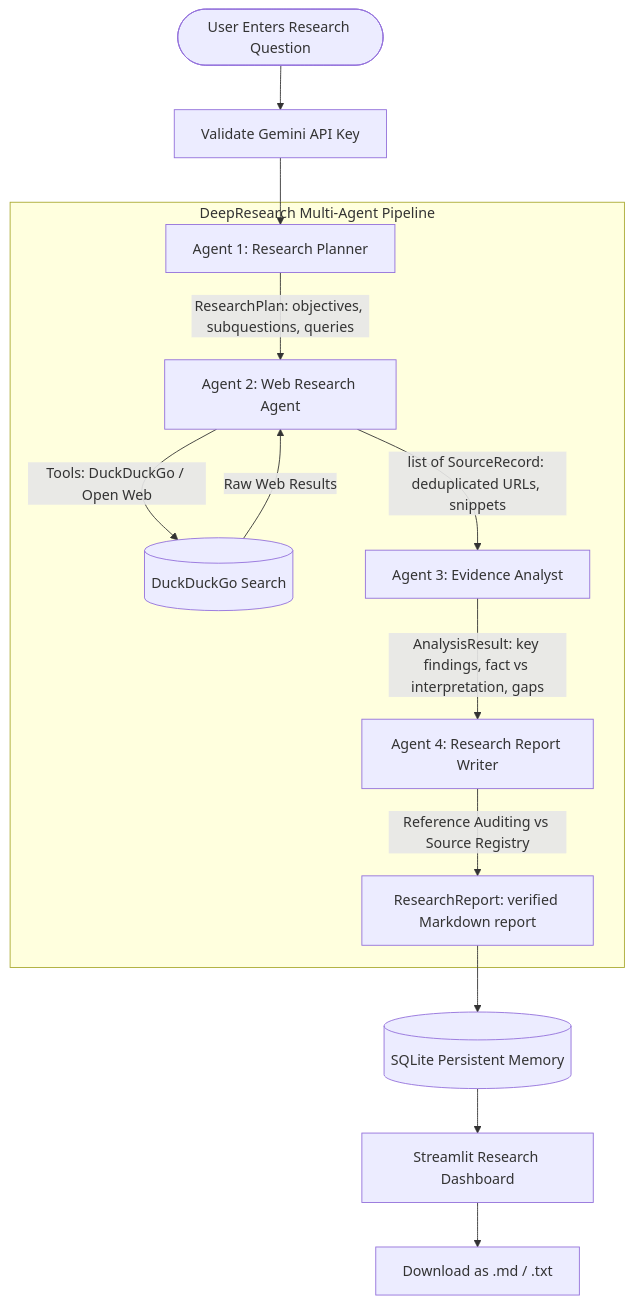
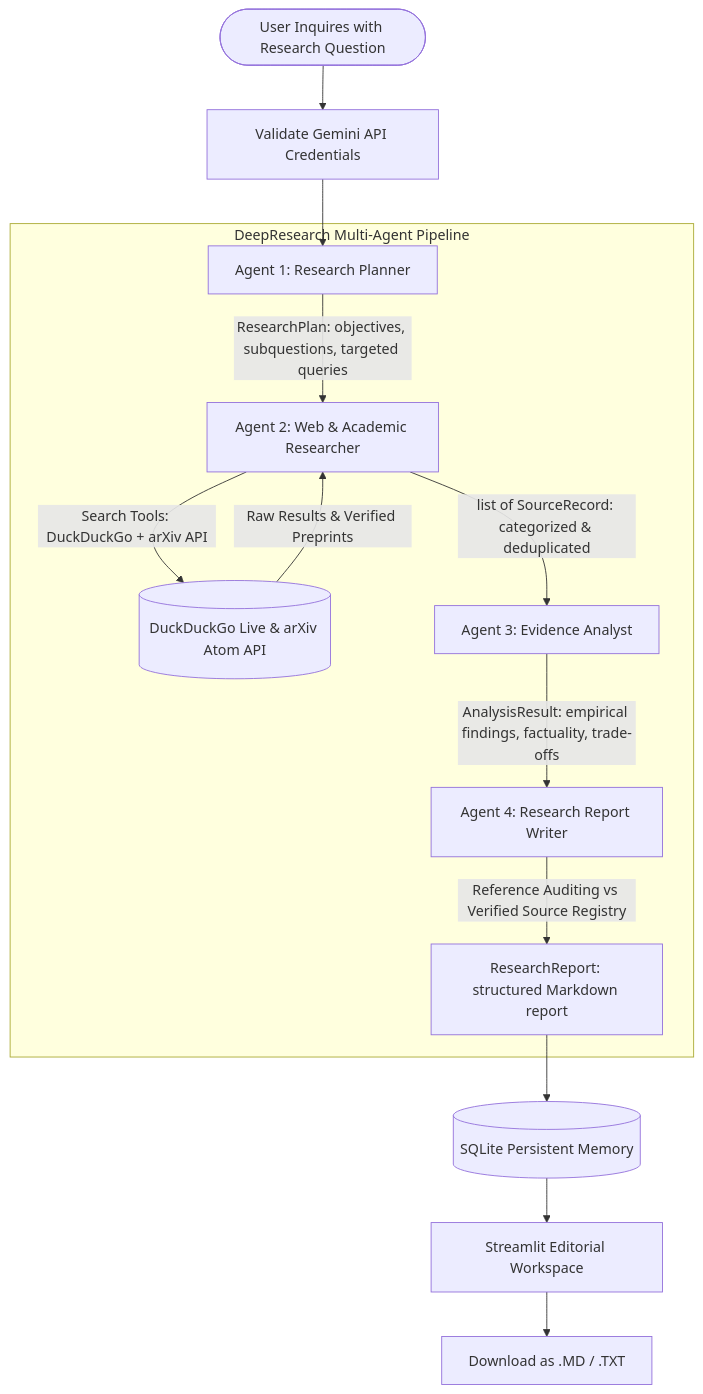
The diagram in README.md (hanannur/Research-Agent), drawn with Mermaid before and after one commit. The commit also changed other lines of this file and 8 other files, not shown here.

````diff
--- a/README.md
+++ b/README.md
@@ -28,18 +32,18 @@
 ```mermaid
 flowchart TD
-    User([User Enters Research Question]) --> Config[Validate Gemini API Key]
+    User([User Inquires with Research Question]) --> Config[Validate Gemini API Credentials]
     Config --> Planner[Agent 1: Research Planner]
     
     subgraph Multi_Agent_Pipeline [DeepResearch Multi-Agent Pipeline]
-        Planner -->|ResearchPlan: objectives, subquestions, queries| Researcher[Agent 2: Web Research Agent]
-        Researcher -->|Tools: DuckDuckGo / Open Web| SearchTool[(DuckDuckGo Search)]
-        SearchTool -->|Raw Web Results| Researcher
-        Researcher -->|list of SourceRecord: deduplicated URLs, snippets| Analyst[Agent 3: Evidence Analyst]
-        Analyst -->|AnalysisResult: key findings, fact vs interpretation, gaps| Writer[Agent 4: Research Report Writer]
-        Writer -->|Reference Auditing vs Source Registry| AuditedReport[ResearchReport: verified Markdown report]
+        Planner -->|ResearchPlan: objectives, subquestions, targeted queries| Researcher[Agent 2: Web & Academic Researcher]
+        Researcher -->|Search Tools: DuckDuckGo + arXiv API| Tools[(DuckDuckGo Live & arXiv Atom API)]
+        Tools -->|Raw Results & Verified Preprints| Researcher
+        Researcher -->|list of SourceRecord: categorized & deduplicated| Analyst[Agent 3: Evidence Analyst]
+        Analyst -->|AnalysisResult: empirical findings, factuality, trade-offs| Writer[Agent 4: Research Report Writer]
+        Writer -->|Reference Auditing vs Verified Source Registry| AuditedReport[ResearchReport: structured Markdown report]
     end
 
     AuditedReport --> Memory[(SQLite Persistent Memory)]
-    Memory --> UI[Streamlit Research Dashboard]
-    UI --> Download[Download as .md / .txt]
+    Memory --> UI[Streamlit Editorial Workspace]
+    UI --> Export[Download as .MD / .TXT]
 ```
````
